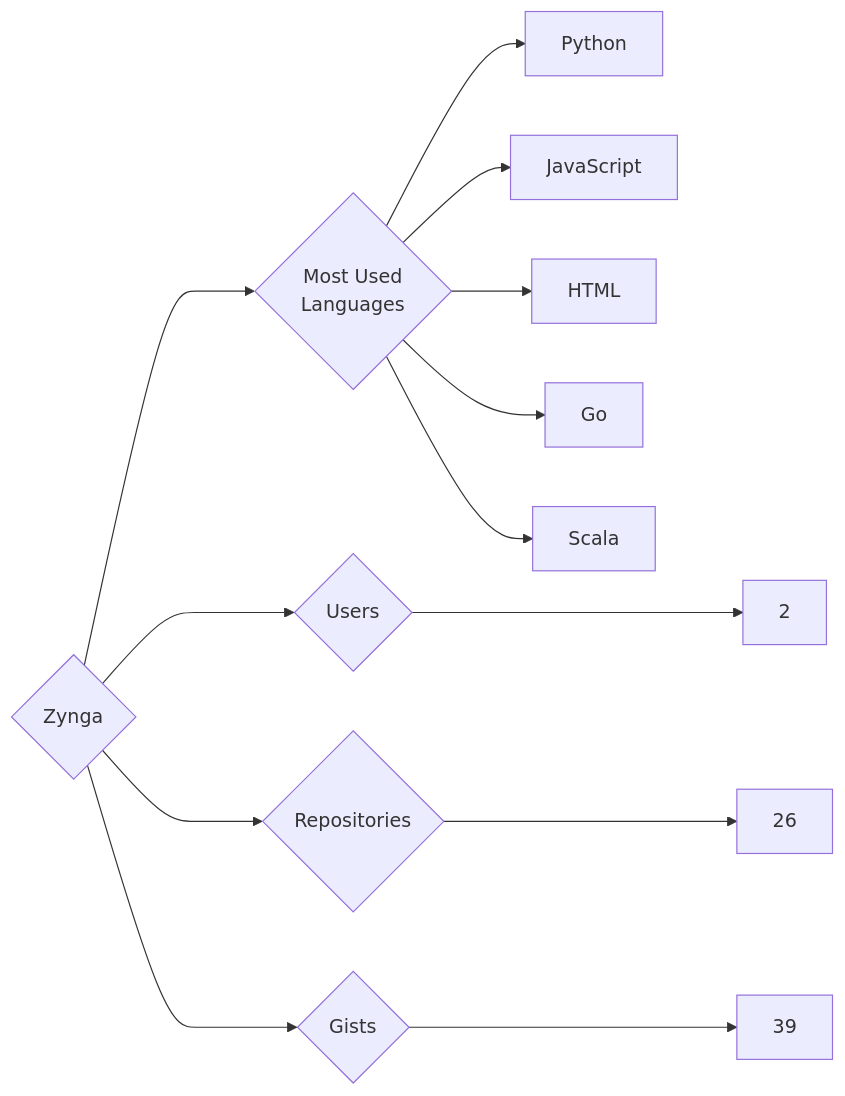
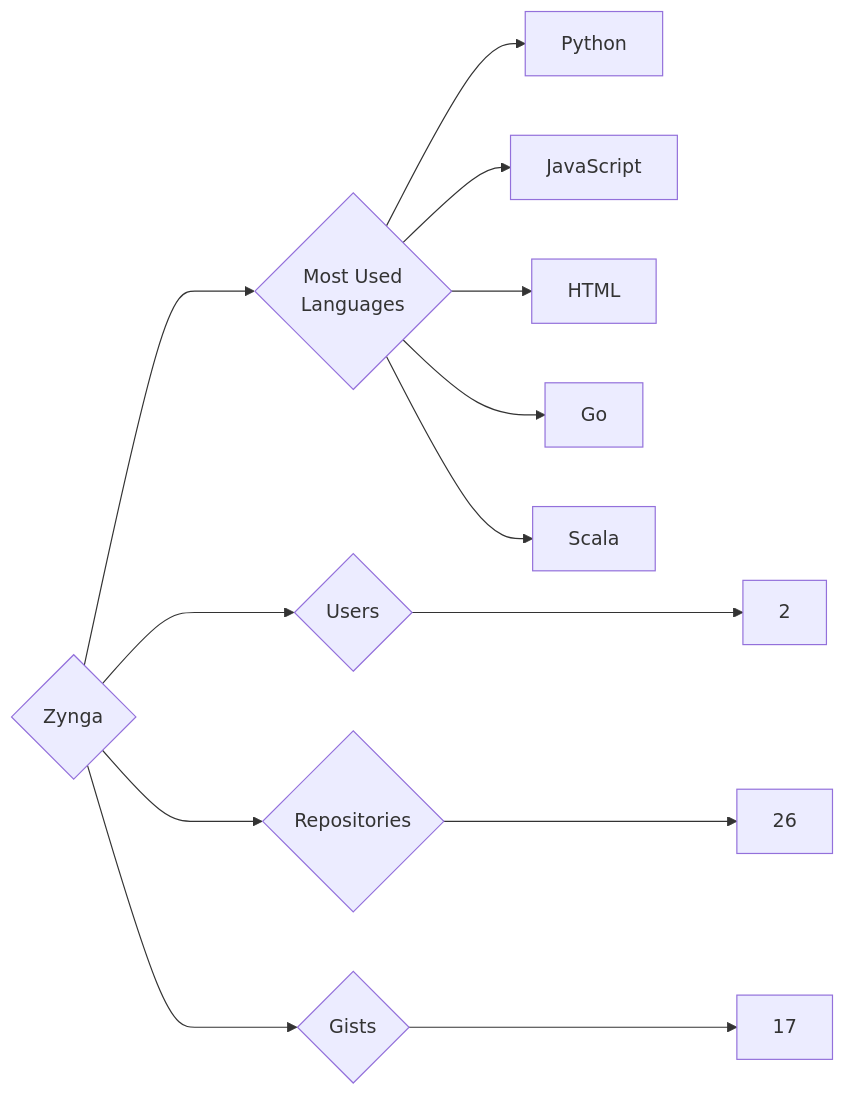
One commit to trickest/insiders changed the diagram in targets/Zynga/README.md. Above: the diagram before and after it, drawn with Mermaid. The commit also changed 765 other files, not shown here.

````diff
--- a/targets/Zynga/README.md
+++ b/targets/Zynga/README.md
@@ -3,13 +3,13 @@
 ```mermaid
 graph LR
 COMPANY_NAME{Zynga}
 COMPANY_NAME ---> U{Users} ---> UN[2]
 COMPANY_NAME ---> R{Repositories} ---> RN[26]
-COMPANY_NAME ---> G{Gists} ---> GN[39]
+COMPANY_NAME ---> G{Gists} ---> GN[17]
 COMPANY_NAME ---> ML{Most Used<br>Languages}
 ML --> Python[Python]
 ML --> JavaScript[JavaScript]
 ML --> HTML[HTML]
 ML --> Go[Go]
 ML --> Scala[Scala]
 ```
````
